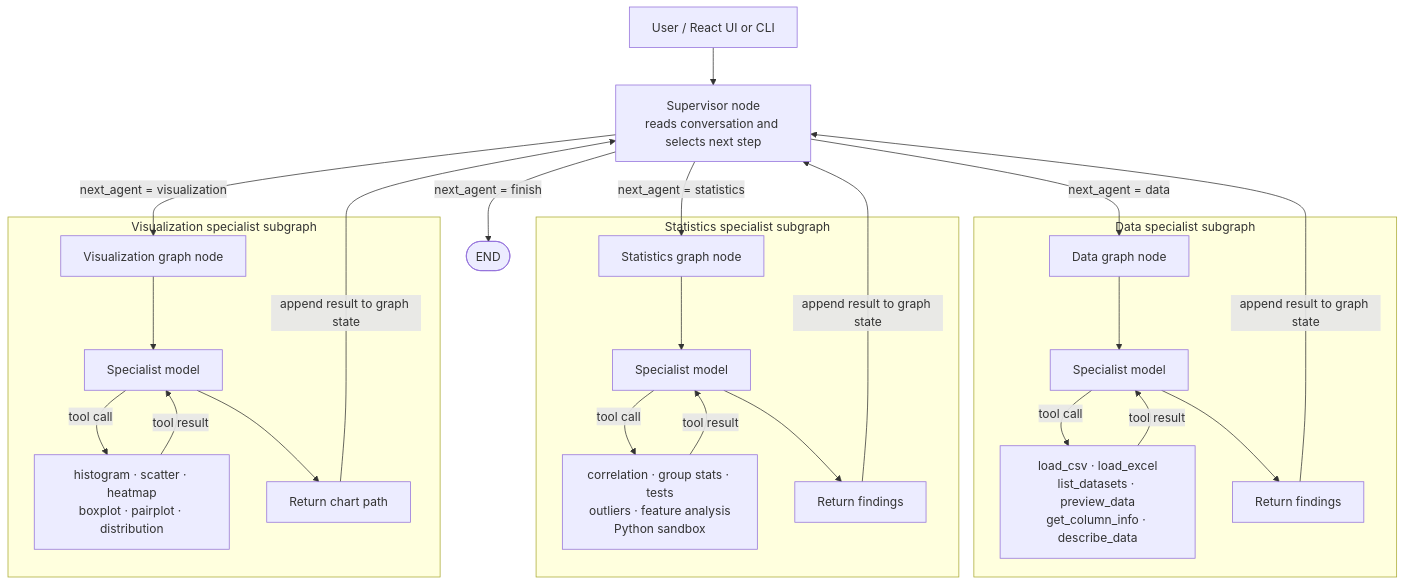
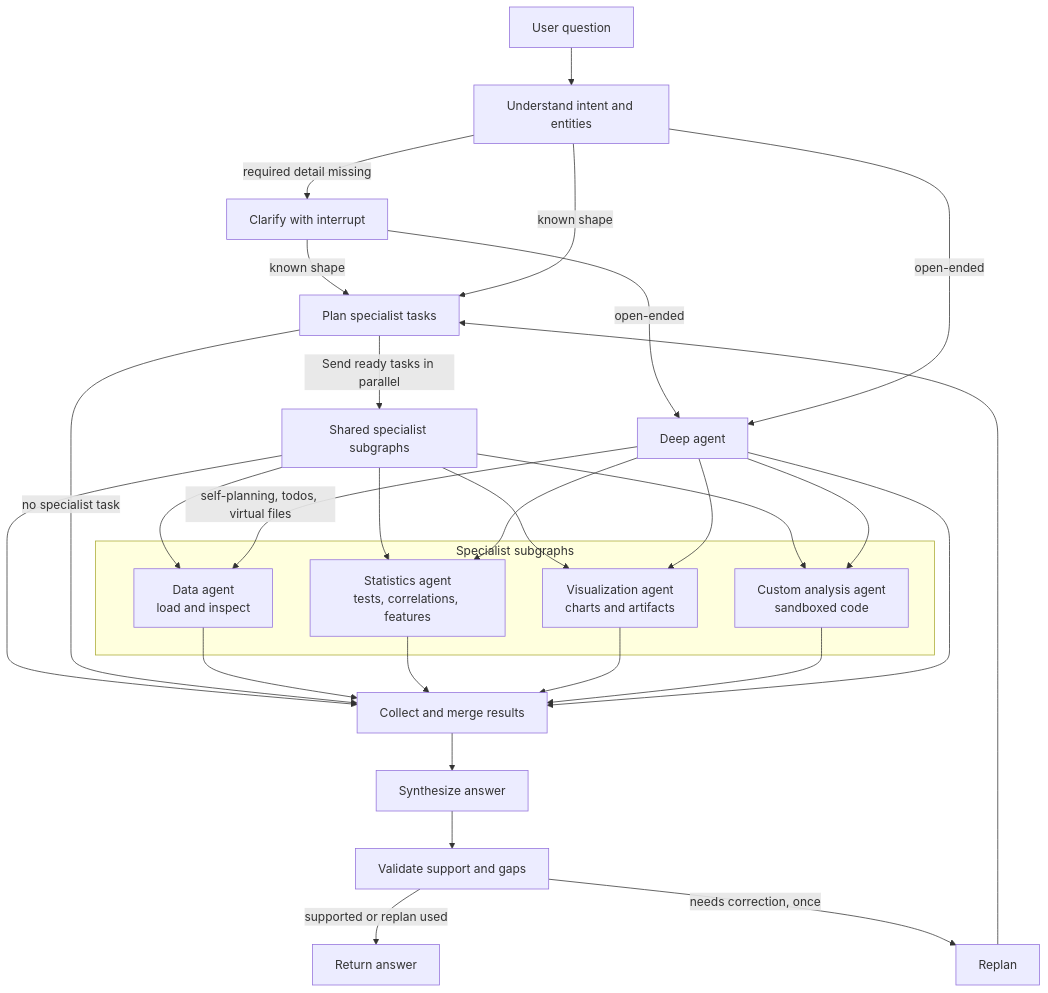
Before and after one commit to 88akshit/winnow: the diagram in README.md, drawn with Mermaid. The commit also changed other lines of this file and 10 other files, not shown here.

````diff
--- a/README.md
+++ b/README.md
@@ -9,34 +9,37 @@
 ```mermaid
 flowchart TD
-    U[User / React UI or CLI] --> S["Supervisor node<br/>reads conversation and selects next step"]
+    U[User question] --> I[Understand intent and entities]
+    I -->|required detail missing| C[Clarify with interrupt]
+    C -->|known shape| P[Plan specialist tasks]
+    C -->|open-ended| DA[Deep agent]
+    I -->|known shape| P
+    I -->|open-ended| DA
+    P -->|Send ready tasks in parallel| S[Shared specialist subgraphs]
+    S --> K[Collect and merge results]
+    P -->|no specialist task| K
+    K --> Y[Synthesize answer]
+    Y --> V[Validate support and gaps]
+    V -->|supported or replan used| F[Return answer]
+    V -->|needs correction, once| R[Replan]
+    R --> P
 
-    S -->|next_agent = data| D
-    S -->|next_agent = statistics| A
-    S -->|next_agent = visualization| V
-    S -->|next_agent = finish| E([END])
-
-    subgraph DATA["Data specialist subgraph"]
-        D[Data graph node] --> DM[Specialist model]
-        DM -->|tool call| DT["load_csv · load_excel<br/>list_datasets · preview_data<br/>get_column_info · describe_data"]
-        DT -->|tool result| DM
-        DM --> DR[Return findings]
+    subgraph AGENTS["Specialist subgraphs"]
+    D[Data agent<br/>load and inspect]
+    A[Statistics agent<br/>tests, correlations, features]
+    Z[Visualization agent<br/>charts and artifacts]
+    X[Custom analysis agent<br/>sandboxed code]
     end
-
-    subgraph STATS["Statistics specialist subgraph"]
-        A[Statistics graph node] --> AM[Specialist model]
-        AM -->|tool call| AT["correlation · group stats · tests<br/>outliers · feature analysis<br/>Python sandbox"]
-        AT -->|tool result| AM
-        AM --> AR[Return findings]
-    end
-
-    subgraph VIZ["Visualization specialist subgraph"]
-        V[Visualization graph node] --> VM[Specialist model]
-        VM -->|tool call| VT["histogram · scatter · heatmap<br/>boxplot · pairplot · distribution"]
-        VT -->|tool result| VM
-        VM --> VR[Return chart path]
-    end
-
-    DR -->|append result to graph state| S
-    AR -->|append result to graph state| S
-    VR -->|append result to graph state| S
+    S --> D
+    S --> A
+    S --> Z
+    S --> X
+    DA -->|self-planning, todos, virtual files| D
+    DA --> A
+    DA --> Z
+    DA --> X
+    D --> K
+    A --> K
+    Z --> K
+    X --> K
+    DA --> K
 ```
````
